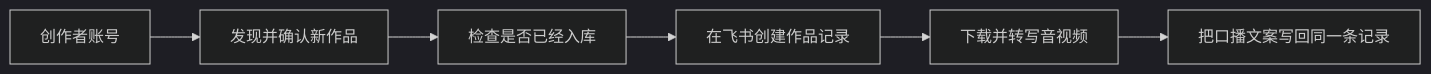
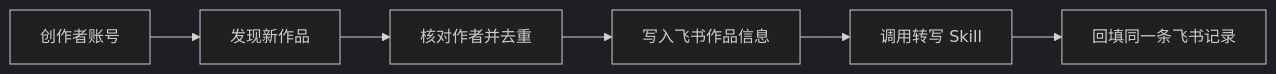
The diagram in README.md (wulitou-shubing/social-content-monitor-skills), drawn with Mermaid (dark theme) before and after one commit. The commit also changed other lines of this file and 4 other files, not shown here.

````diff
--- a/README.md
+++ b/README.md
@@ -33,8 +25,8 @@
 ```mermaid
 flowchart LR
-    A[创作者账号] --> B[发现并确认新作品]
-    B --> C[检查是否已经入库]
-    C --> D[在飞书创建作品记录]
-    D --> E[下载并转写音视频]
-    E --> F[把口播文案写回同一条记录]
+    A[创作者账号] --> B[发现新作品]
+    B --> C[核对作者并去重]
+    C --> D[写入飞书作品信息]
+    D --> E[调用转写 Skill]
+    E --> F[回填同一条飞书记录]
 ```
````
